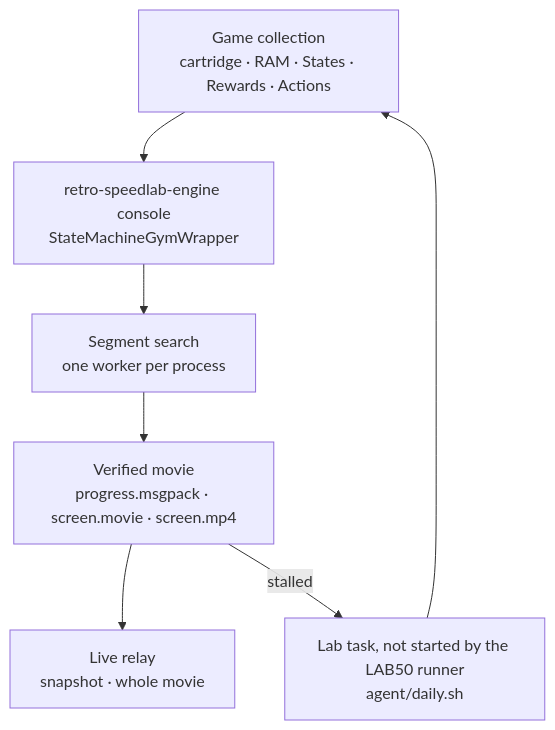
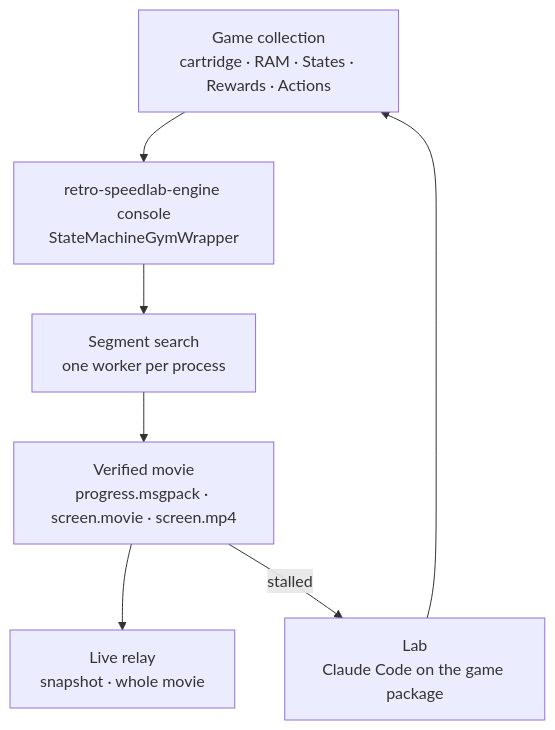
One commit to datenwissenschaften/retro-speedlab-core changed the diagram in README.md. Above: the diagram before and after it, drawn with Mermaid. The commit also changed other lines of this file, not shown here.

Commit message:
docs: the README tells how the runner, the PPO policy and the lab run today

````diff
--- a/README.md
+++ b/README.md
@@ -38,16 +38,16 @@
 ```mermaid
 flowchart TD
     Game["Game collection<br/>cartridge · RAM · States · Rewards · Actions"]
     Env["retro-speedlab-engine console<br/>StateMachineGymWrapper"]
     Search["Segment search<br/>one worker per process"]
     Movie["Verified movie<br/>progress.msgpack · screen.movie · screen.mp4"]
     Relay["Live relay<br/>snapshot · whole movie"]
-    Lab["Lab task, not started by the LAB50 runner<br/>agent/daily.sh"]
+    Lab["Lab<br/>Claude Code on the game package"]
 
     Game --> Env
     Env --> Search
     Search --> Movie
     Movie --> Relay
     Movie -- "stalled" --> Lab
     Lab --> Game
 ```
````
